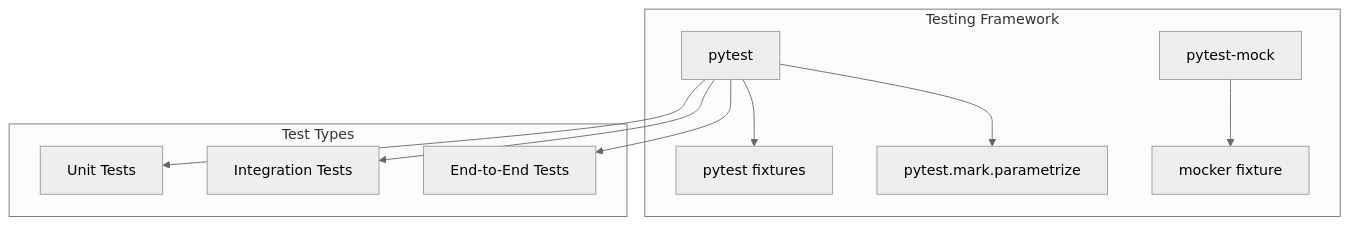
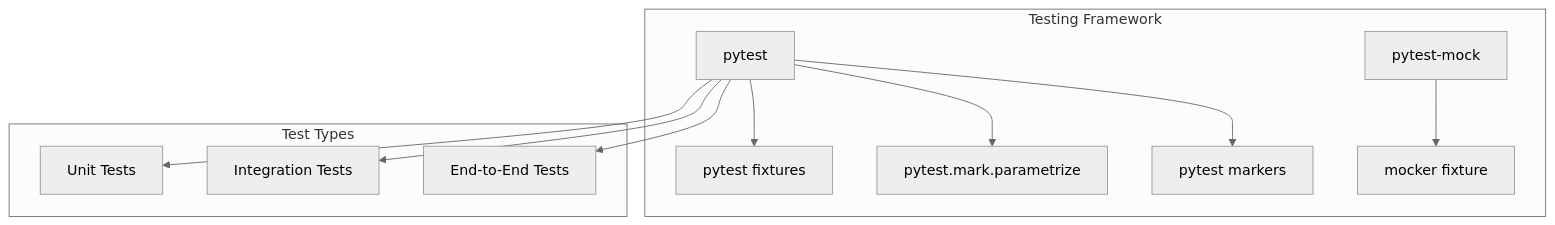
One commit to WombatFromHell/reo-cam-archiver changed the fifth of 8 diagrams in DESIGN.md. Above: the diagram before and after it, drawn with Mermaid (neutral theme). The commit also changed other lines of this file and 4 other files, not shown here.

````diff
--- a/DESIGN.md
+++ b/DESIGN.md
@@ -152,23 +208,25 @@
 ```mermaid
 graph TB
     subgraph "Testing Framework"
         pytest[pytest]
         pytest_mock[pytest-mock]
         parametrize[pytest.mark.parametrize]
         fixtures[pytest fixtures]
         mocker[mocker fixture]
+        markers[pytest markers]
     end
 
     subgraph "Test Types"
         unit[Unit Tests]
         integration[Integration Tests]
         e2e[End-to-End Tests]
     end
 
     pytest --> unit
     pytest --> integration
     pytest --> e2e
     pytest_mock --> mocker
     pytest --> fixtures
     pytest --> parametrize
+    pytest --> markers
 ```
````
